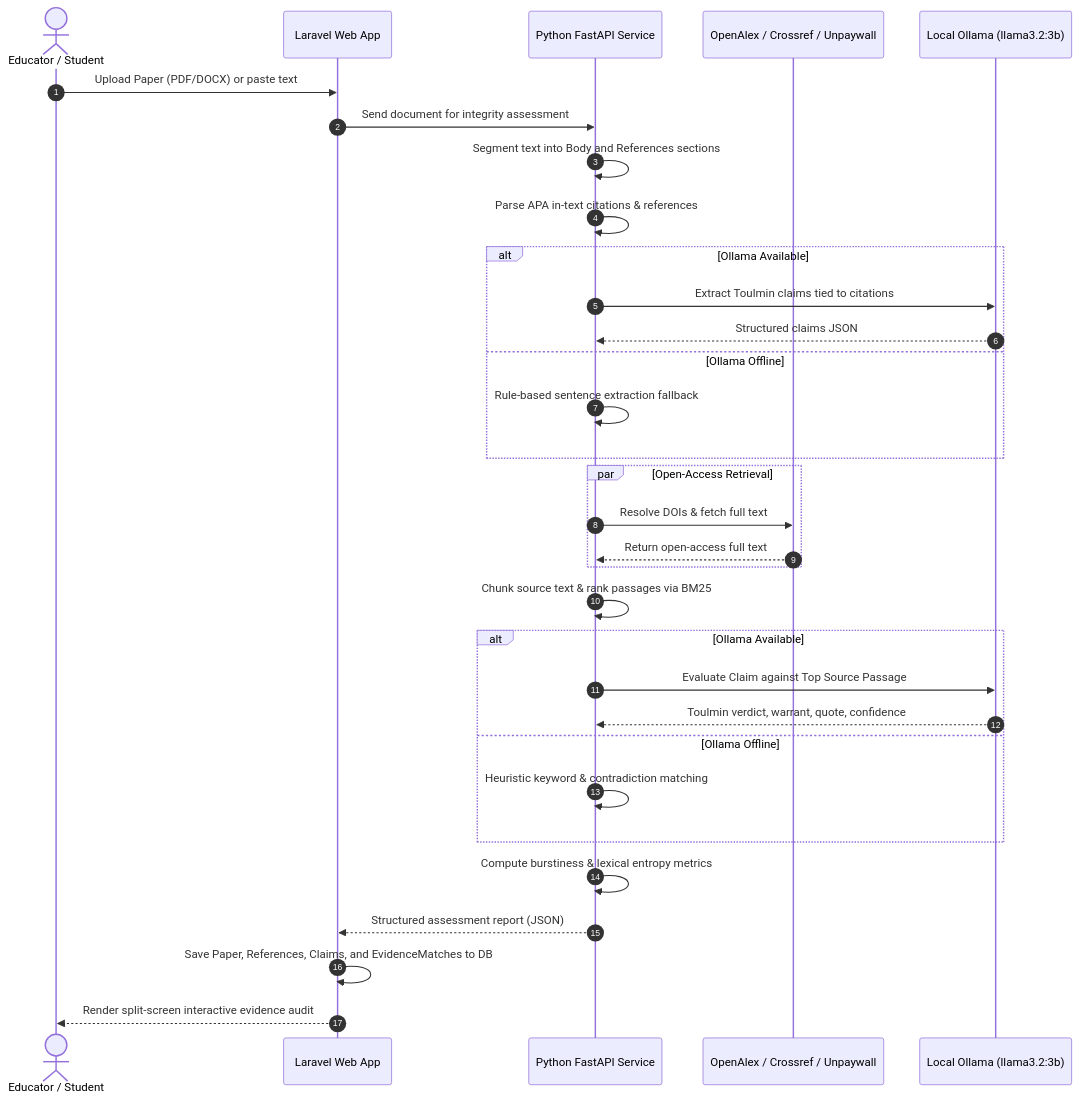
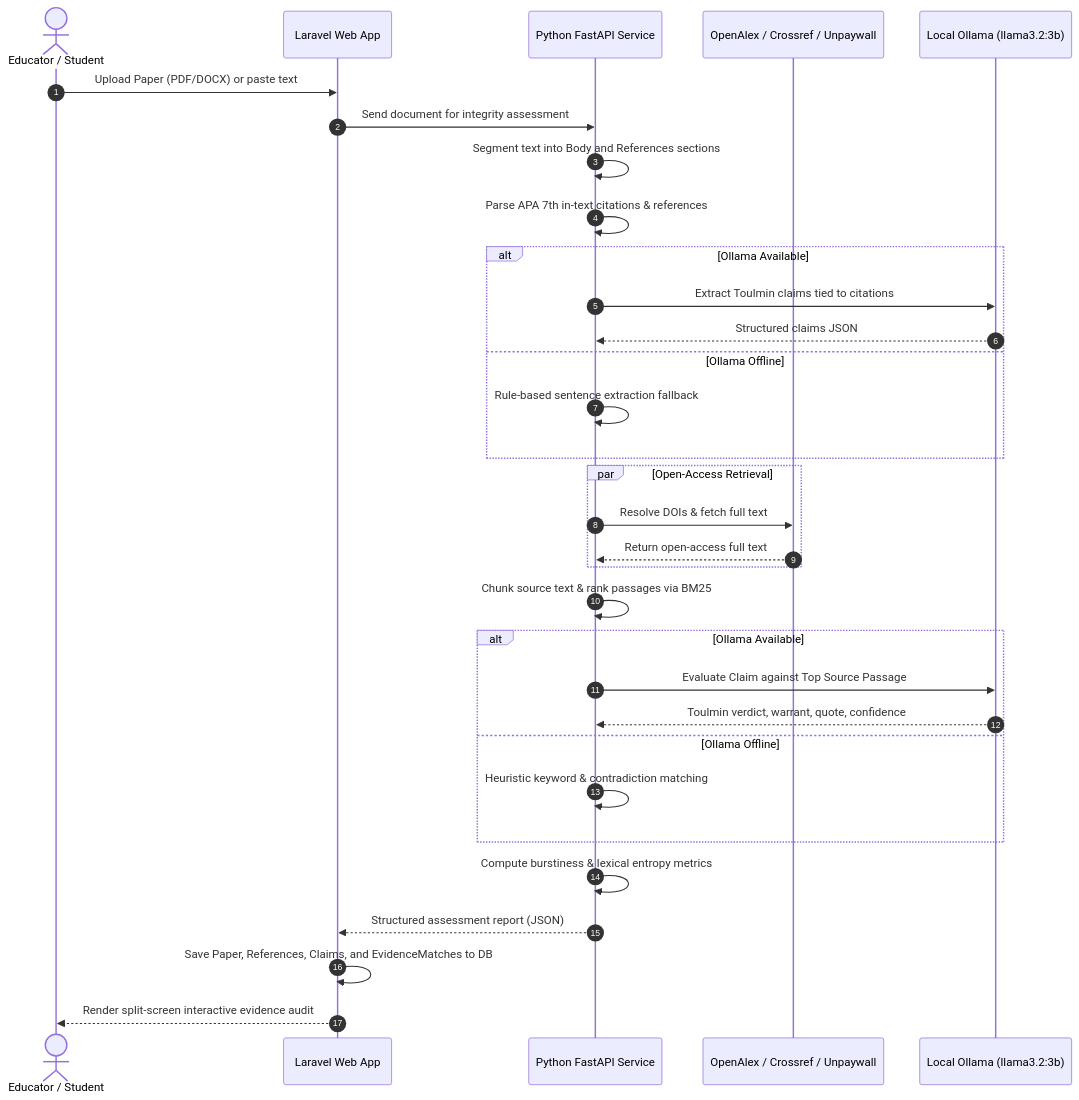
Before and after one commit to Ecuacion-Seth/Evidentia: the second of 3 diagrams in README.md, drawn with Mermaid. The commit also changed other lines of this file, not shown here.

Commit message:
docs: add Theoretical and Technical Foundations and academic citations across all sections

````diff
--- a/README.md
+++ b/README.md
@@ -74,35 +93,35 @@
 ```mermaid
 sequenceDiagram
     autonumber
     actor Instructor as Educator / Student
     participant Web as Laravel Web App
     participant Engine as Python FastAPI Service
     participant OpenAccess as OpenAlex / Crossref / Unpaywall
     participant Ollama as Local Ollama (llama3.2:3b)
 
     Instructor->>Web: Upload Paper (PDF/DOCX) or paste text
     Web->>Engine: Send document for integrity assessment
     Engine->>Engine: Segment text into Body and References sections
-    Engine->>Engine: Parse APA in-text citations & references
+    Engine->>Engine: Parse APA 7th in-text citations & references
     alt Ollama Available
         Engine->>Ollama: Extract Toulmin claims tied to citations
         Ollama-->>Engine: Structured claims JSON
     else Ollama Offline
         Engine->>Engine: Rule-based sentence extraction fallback
     end
     par Open-Access Retrieval
         Engine->>OpenAccess: Resolve DOIs & fetch full text
         OpenAccess-->>Engine: Return open-access full text
     end
     Engine->>Engine: Chunk source text & rank passages via BM25
     alt Ollama Available
         Engine->>Ollama: Evaluate Claim against Top Source Passage
         Ollama-->>Engine: Toulmin verdict, warrant, quote, confidence
     else Ollama Offline
         Engine->>Engine: Heuristic keyword & contradiction matching
     end
     Engine->>Engine: Compute burstiness & lexical entropy metrics
     Engine-->>Web: Structured assessment report (JSON)
     Web->>Web: Save Paper, References, Claims, and EvidenceMatches to DB
     Web-->>Instructor: Render split-screen interactive evidence audit
 ```
````
